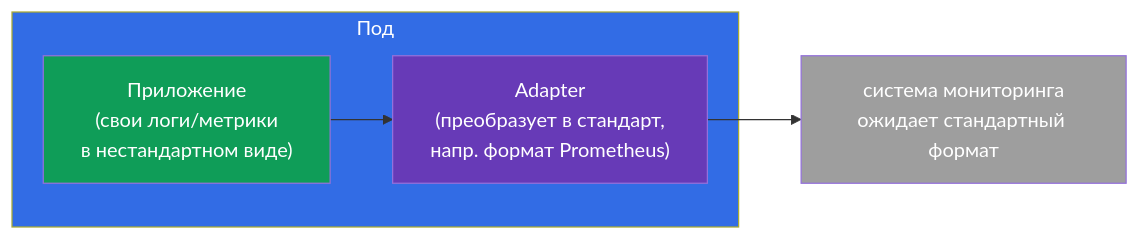
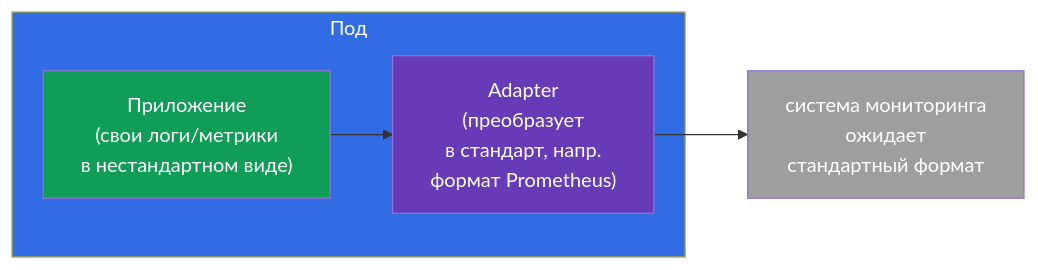
Before and after one commit to ViktorUJ/cks: the fourth of 6 diagrams in tasks/cka/course/22/ru.md, drawn with Mermaid. The commit also changed other lines of this file, not shown here.

````diff
--- a/tasks/cka/course/22/ru.md
+++ b/tasks/cka/course/22/ru.md
@@ -115,13 +115,13 @@
 ```mermaid
 flowchart LR
     subgraph Pod["Под"]
         app["Приложение<br>(свои логи/метрики<br>в нестандартном виде)"]
-        ad["Adapter<br>(преобразует в стандарт,<br>напр. формат Prometheus)"]
+        ad["Adapter<br>(преобразует<br>в стандарт, напр.<br>формат Prometheus)"]
         app --> ad
     end
-    ad --> mon["система мониторинга<br>ожидает стандартный формат"]
+    ad --> mon["система мониторинга<br>ожидает<br>стандартный формат"]
     style Pod fill:#326ce5,color:#fff
     style app fill:#0f9d58,color:#fff
     style ad fill:#673ab7,color:#fff
     style mon fill:#9e9e9e,color:#fff
 ```
````
